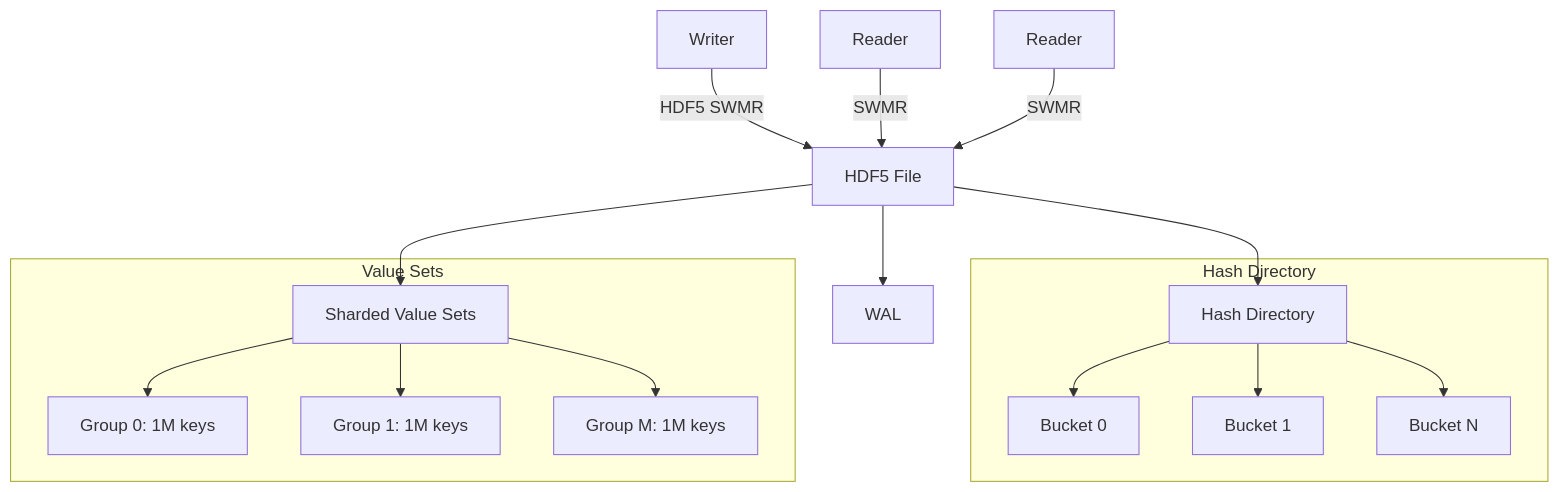
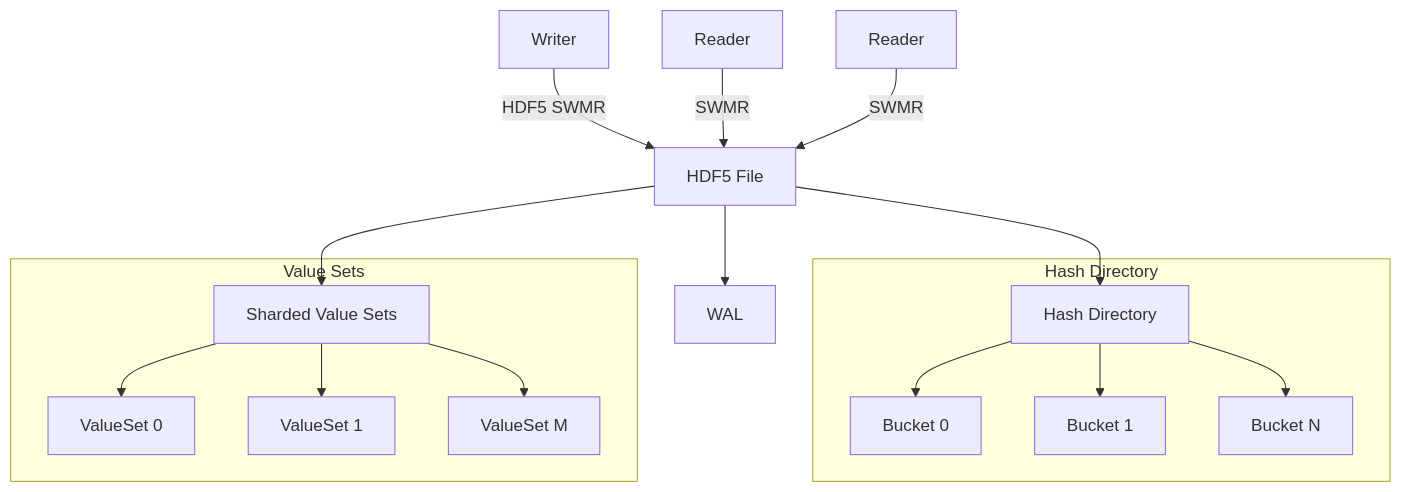
One commit to amogorkon/cidstore changed the diagram in docs/spec 1 - Intro.md. Above: the diagram before and after it, drawn with Mermaid. The commit also changed other lines of this file and 7 other files, not shown here.

````diff
--- a/docs/spec 1 - Intro.md
+++ b/docs/spec 1 - Intro.md
@@ -25,19 +41,19 @@
 ```mermaid
 graph TD
     A[Writer] -->|HDF5 SWMR| B[HDF5 File]
     B --> C[Hash Directory]
     B --> D[Sharded Value Sets]
     B --> E[WAL]
     F[Reader] -->|SWMR| B
     G[Reader] -->|SWMR| B
     subgraph Hash Directory
         C --> C1[Bucket 0]
         C --> C2[Bucket 1]
         C --> Cn[Bucket N]
     end
     subgraph Value Sets
-        D --> D1[Group 0: 1M keys]
-        D --> D2[Group 1: 1M keys]
-        D --> Dm[Group M: 1M keys]
+        D --> D1[ValueSet 0]
+        D --> D2[ValueSet 1]
+        D --> Dm[ValueSet M]
     end
 ```
````
